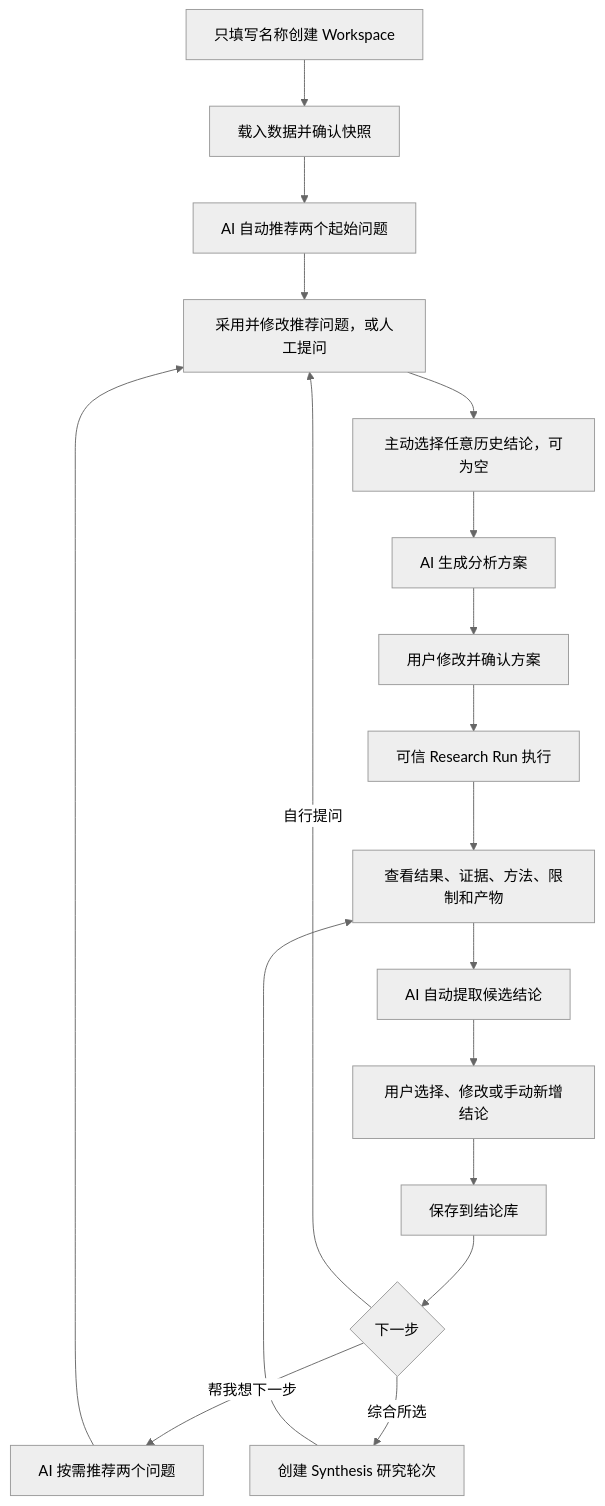
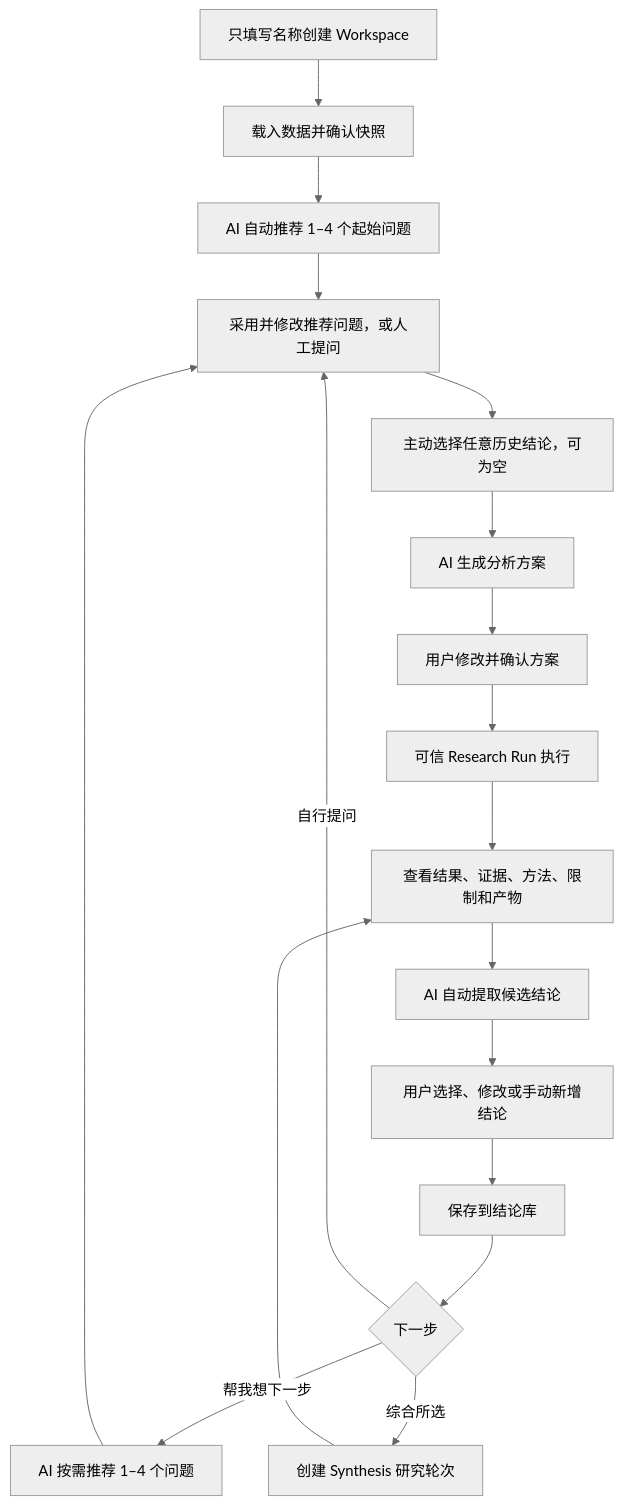
Before and after one commit to spwater/irip: the diagram in docs/superpowers/specs/2026-08-12-research-workspace-timeline-design.md, drawn with Mermaid (neutral theme). The commit also changed other lines of this file and 1 other file, not shown here.

````diff
--- a/docs/superpowers/specs/2026-08-12-research-workspace-timeline-design.md
+++ b/docs/superpowers/specs/2026-08-12-research-workspace-timeline-design.md
@@ -53,20 +53,20 @@
 ```mermaid
 flowchart TD
     A["只填写名称创建 Workspace"] --> B["载入数据并确认快照"]
-    B --> C["AI 自动推荐两个起始问题"]
+    B --> C["AI 自动推荐 1–4 个起始问题"]
     C --> D["采用并修改推荐问题，或人工提问"]
     D --> E["主动选择任意历史结论，可为空"]
     E --> F["AI 生成分析方案"]
     F --> G["用户修改并确认方案"]
     G --> H["可信 Research Run 执行"]
     H --> I["查看结果、证据、方法、限制和产物"]
     I --> J["AI 自动提取候选结论"]
     J --> K["用户选择、修改或手动新增结论"]
     K --> L["保存到结论库"]
     L --> M{"下一步"}
     M -->|"自行提问"| D
-    M -->|"帮我想下一步"| N["AI 按需推荐两个问题"]
+    M -->|"帮我想下一步"| N["AI 按需推荐 1–4 个问题"]
     N --> D
     M -->|"综合所选"| O["创建 Synthesis 研究轮次"]
     O --> I
 ```
````
